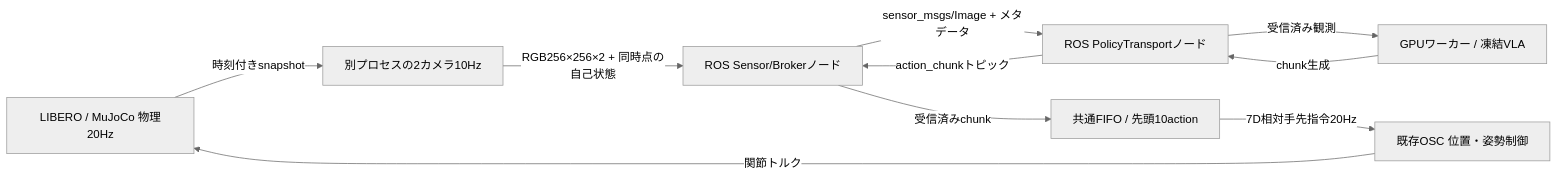
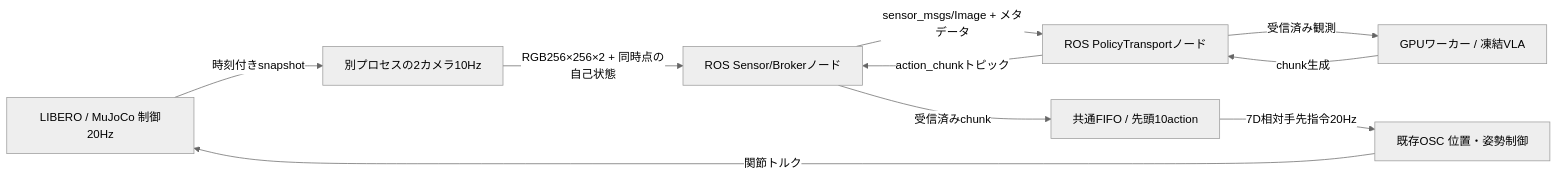
Before and after one commit to kenb91311/pai-final-44055-libero-vla: the diagram in docs/architecture/realtime-vla.md, drawn with Mermaid (neutral theme). The commit also changed other lines of this file and 19 other files, not shown here.

````diff
--- a/docs/architecture/realtime-vla.md
+++ b/docs/architecture/realtime-vla.md
@@ -38,12 +42,12 @@
 ```mermaid
 flowchart LR
-  P[LIBERO / MuJoCo 物理20Hz] -->|時刻付きsnapshot| C[別プロセスの2カメラ10Hz]
+  P[LIBERO / MuJoCo 制御20Hz] -->|時刻付きsnapshot| C[別プロセスの2カメラ10Hz]
   C -->|RGB256×256×2 + 同時点の自己状態| S[ROS Sensor/Brokerノード]
   S -->|sensor_msgs/Image + メタデータ| R[ROS PolicyTransportノード]
   R -->|受信済み観測| V[GPUワーカー / 凍結VLA]
   V -->|chunk生成| R
   R -->|action_chunkトピック| S
   S -->|受信済みchunk| Q[共通FIFO / 先頭10action]
   Q -->|7D相対手先指令20Hz| O[既存OSC 位置・姿勢制御]
   O -->|関節トルク| P
 ```
````
